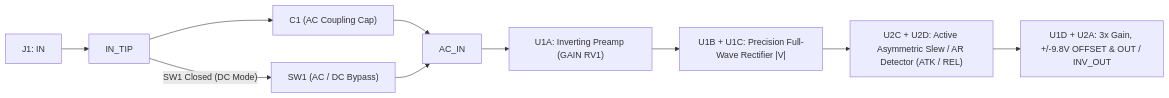
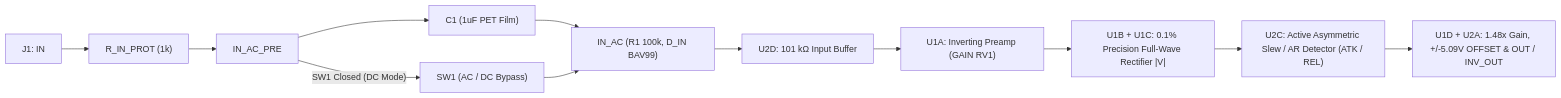
The diagram in docs/tutorial/optional-dc-coupled-mode.md (domesticmouse/EnvelopeFollower), drawn with Mermaid before and after one commit. The commit also changed other lines of this file and 11 other files, not shown here.

````diff
--- a/docs/tutorial/optional-dc-coupled-mode.md
+++ b/docs/tutorial/optional-dc-coupled-mode.md
@@ -25,12 +25,13 @@
 ```mermaid
 flowchart LR
-    J1["J1: IN"] --> NODE["IN_TIP"]
-    NODE --> C1["C1 (AC Coupling Cap)"]
+    J1["J1: IN"] --> RPROT["R_IN_PROT (1k)"] --> NODE["IN_AC_PRE"]
+    NODE --> C1["C1 (1uF PET Film)"]
     NODE -->|"SW1 Closed (DC Mode)"| SW1["SW1 (AC / DC Bypass)"]
-    C1 --> ACIN["AC_IN"]
-    SW1 --> ACIN
-    ACIN --> U1A["U1A: Inverting Preamp (GAIN RV1)"]
-    U1A --> FWR["U1B + U1C: Precision Full-Wave Rectifier |V|"]
-    FWR --> PEAK["U2C + U2D: Active Asymmetric Slew / AR Detector (ATK / REL)"]
-    PEAK --> OUTS["U1D + U2A: 3x Gain, +/-9.8V OFFSET & OUT / INV_OUT"]
+    C1 --> INAC["IN_AC (R1 100k, D_IN BAV99)"]
+    SW1 --> INAC
+    INAC --> U2D["U2D: 101 kΩ Input Buffer"]
+    U2D --> U1A["U1A: Inverting Preamp (GAIN RV1)"]
+    U1A --> FWR["U1B + U1C: 0.1% Precision Full-Wave Rectifier |V|"]
+    FWR --> PEAK["U2C: Active Asymmetric Slew / AR Detector (ATK / REL)"]
+    PEAK --> OUTS["U1D + U2A: 1.48x Gain, +/-5.09V OFFSET & OUT / INV_OUT"]
 ```
````
